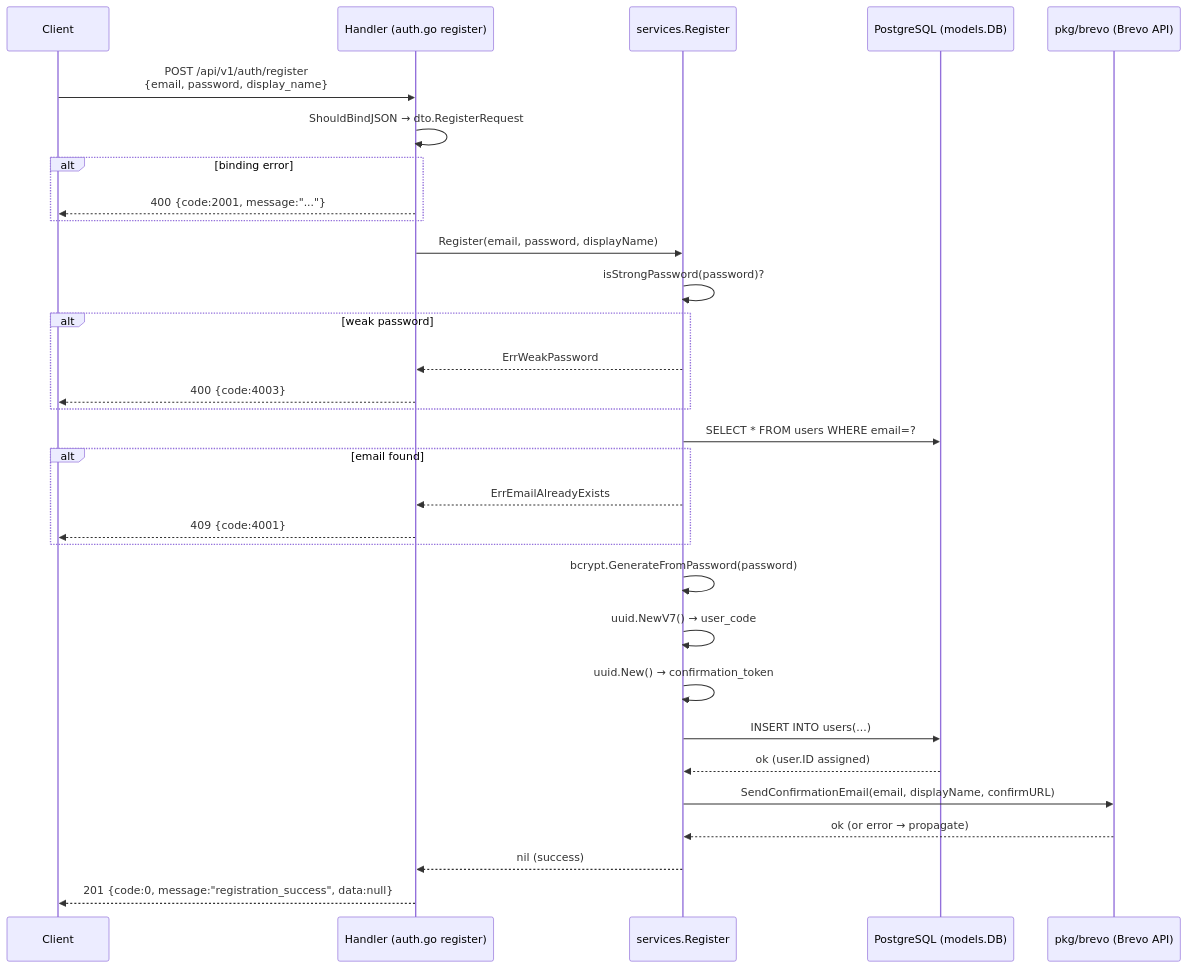
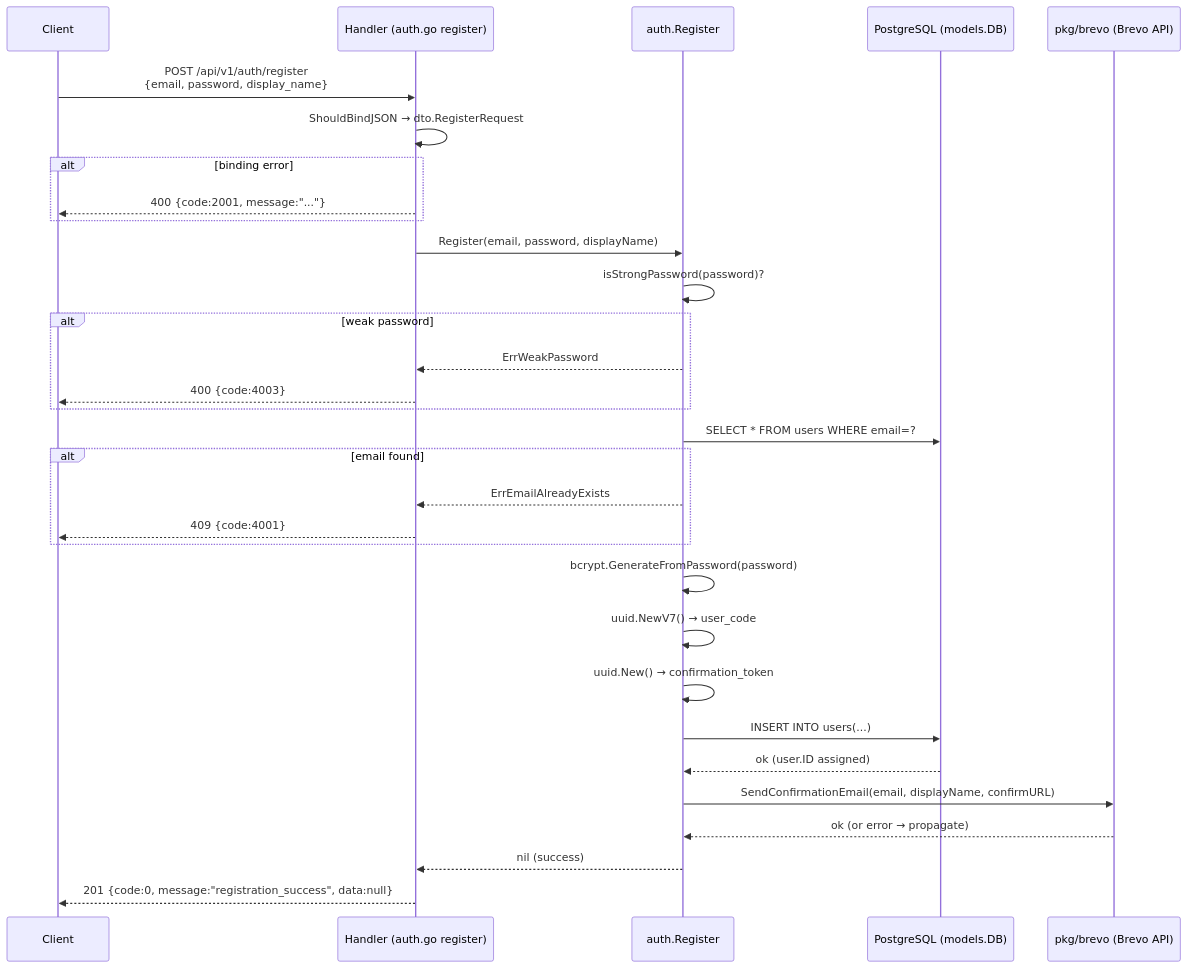
One commit to lkienkle11/be-mycourse changed the second of 23 diagrams in docs/sequence_diagrams.md. Above: the diagram before and after it, drawn with Mermaid. The commit also changed other lines of this file and 19 other files, not shown here.

Commit message:
docs: align architecture and module docs with package refactor

````diff
--- a/docs/sequence_diagrams.md
+++ b/docs/sequence_diagrams.md
@@ -114,39 +114,39 @@
 ```mermaid
 sequenceDiagram
     participant C as Client
     participant H as Handler (auth.go register)
-    participant SVC as services.Register
+    participant SVC as auth.Register
     participant DB as PostgreSQL (models.DB)
     participant Email as pkg/brevo (Brevo API)
 
     C->>H: POST /api/v1/auth/register<br/>{email, password, display_name}
     H->>H: ShouldBindJSON → dto.RegisterRequest
     alt binding error
         H-->>C: 400 {code:2001, message:"..."}
     end
 
     H->>SVC: Register(email, password, displayName)
     SVC->>SVC: isStrongPassword(password)?
     alt weak password
         SVC-->>H: ErrWeakPassword
         H-->>C: 400 {code:4003}
     end
 
     SVC->>DB: SELECT * FROM users WHERE email=?
     alt email found
         SVC-->>H: ErrEmailAlreadyExists
         H-->>C: 409 {code:4001}
     end
 
     SVC->>SVC: bcrypt.GenerateFromPassword(password)
     SVC->>SVC: uuid.NewV7() → user_code
     SVC->>SVC: uuid.New() → confirmation_token
     SVC->>DB: INSERT INTO users(...)
     DB-->>SVC: ok (user.ID assigned)
 
     SVC->>Email: SendConfirmationEmail(email, displayName, confirmURL)
     Email-->>SVC: ok (or error → propagate)
     SVC-->>H: nil (success)
 
     H-->>C: 201 {code:0, message:"registration_success", data:null}
 ```
````
